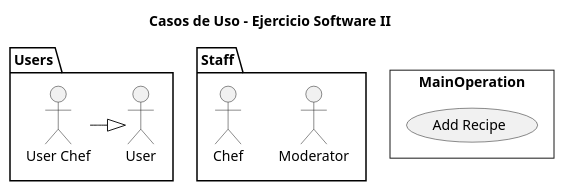
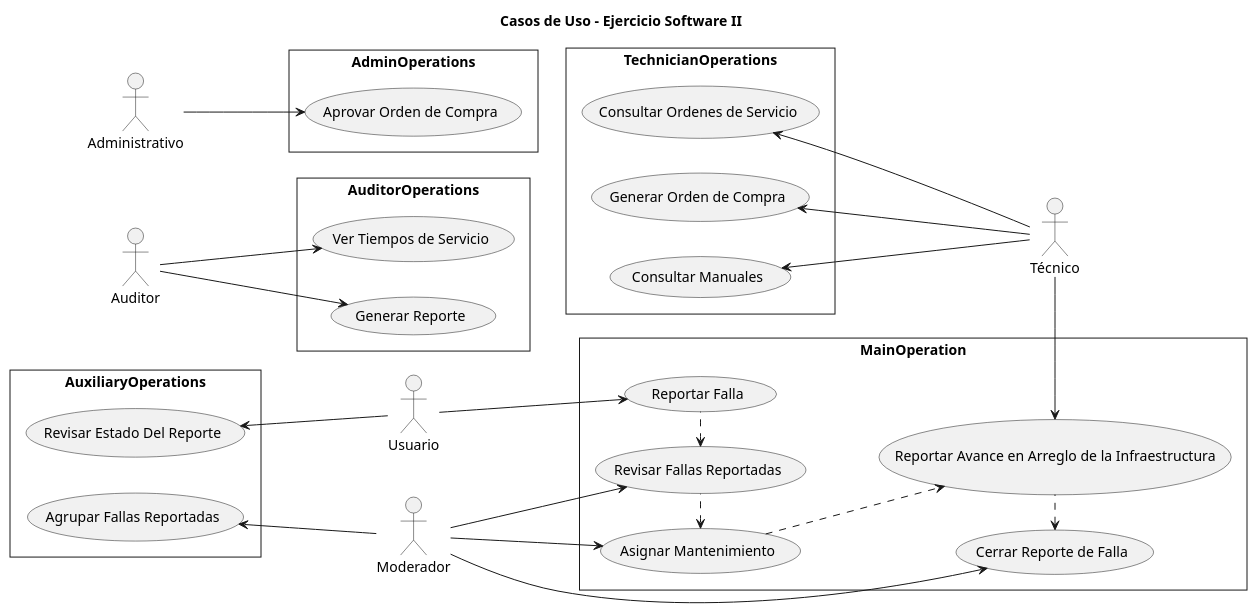
The diagram in 8vo Semestre/Ingeniería de Software II/Tareas/CasosUsoPQRS.plantuml (MrDahaniel/uisFiles), drawn with PlantUML before and after one commit.

```diff
--- a/8vo Semestre/Ingeniería de Software II/Tareas/CasosUsoPQRS.plantuml
+++ b/8vo Semestre/Ingeniería de Software II/Tareas/CasosUsoPQRS.plantuml
@@ -1,29 +1,84 @@
 @startuml yumlyUseCases
 
     title Casos de Uso - Ejercicio Software II
 
     skinparam Style strictuml 
     skinparam SequenceMessageAlignment center
 
+    left to right direction
+    skinparam monochrome true
+    skinparam roundcorner 20
+
     ' Definitions
         ' Actors
-        package Staff {
-            Actor :Moderator: 
-            Actor :Chef:
-        }
-
-        package Users {
-            Actor :User: as U
-            Actor :User Chef: as UC
-        }
+        Actor :Usuario: as U
+        Actor :Moderador: as M
+        Actor :Técnico: as T
+        Actor :Auditor: as A
+        Actor :Administrativo: as Adm
 
         ' Use Cases
         rectangle MainOperation {
-            usecase (Add Recipe) as (AddR)
+            usecase (Reportar Falla) as (RF)
+            usecase (Revisar Fallas Reportadas) as (RFR)
+            usecase (Asignar Mantenimiento) as (AM)
+            usecase (Reportar Avance en Arreglo de la Infraestructura) as (RAAI)
+            usecase (Cerrar Reporte de Falla) as (CRF)
         } 
 
-        ' Relationships
-            ' Users
-            U <|-left- UC
+        rectangle AuxiliaryOperations {
+            usecase (Agrupar Fallas Reportadas) as (AFR)
+            usecase (Revisar Estado Del Reporte) as (REdR)
+        }
+
+        rectangle TechnicianOperations {
+            usecase (Consultar Manuales) as (CM)
+            usecase (Consultar Ordenes de Servicio) as (COS)
+            usecase (Generar Orden de Compra) as (GOC)
+        }
+
+        rectangle AuditorOperations {
+            usecase (Ver Tiempos de Servicio) as (VTS)
+            usecase (Generar Reporte)  as (GR)
+        }
+        
+        rectangle AdminOperations {
+            usecase (Aprovar Orden de Compra) as (AOC)
+        }
+
+    ' Relationships
+        ' Actor Relationships
+
+        ' Main Operaion Relationships
+            ' Actors
+            U --> RF
+            M --> RFR
+            M --> AM
+            T -left-> RAAI
+            M --> CRF
+
+            ' Flow
+            RF .left.> RFR
+            RFR .left.> AM
+            AM ..> RAAI
+            RAAI .left.> CRF
+
+        ' Auxiliary Operations
+        M -up-> AFR
+        U -up-> REdR
+
+        ' Auditor Operations
+        A --> VTS 
+        A --> GR
+
+        ' Technician Operations
+        T -up-> CM
+        T -up-> GOC
+        T -up-> COS
+
+        ' Admin Operations
+        Adm --> AOC
+
+
 
 @enduml
```
